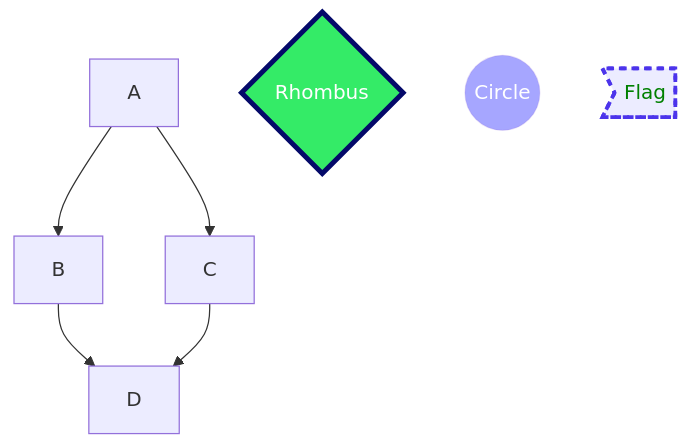
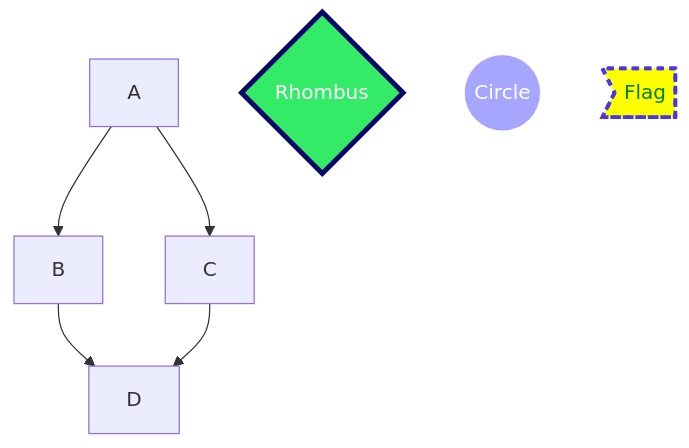
One commit to danielurra/mermaid changed the diagram in README.md. Above: the diagram before and after it, drawn with Mermaid.

````diff
--- a/README.md
+++ b/README.md
@@ -8,15 +8,15 @@
 ```mermaid
   graph TD;
       A-->B;
       A-->C;
       B-->D;
       C-->D;
       st{Rhombus};
       good((Circle));
       en>Flag];
       style st fill:#34eb67,color:#FFFFFF,stroke:#040969,stroke-width:4px;
       style good fill:blue,fill-opacity:0.35,color:#FFFFFF,stroke-opacity:0.2;
-      style en color:#008000,stroke:#4c34eb,stroke-width:3px,stroke-dasharray: 5 5;
+      style en fill:yellow,color:#008000,stroke:#4c34eb,stroke-width:3px,stroke-dasharray: 5 5;
       
       
 ```
````
